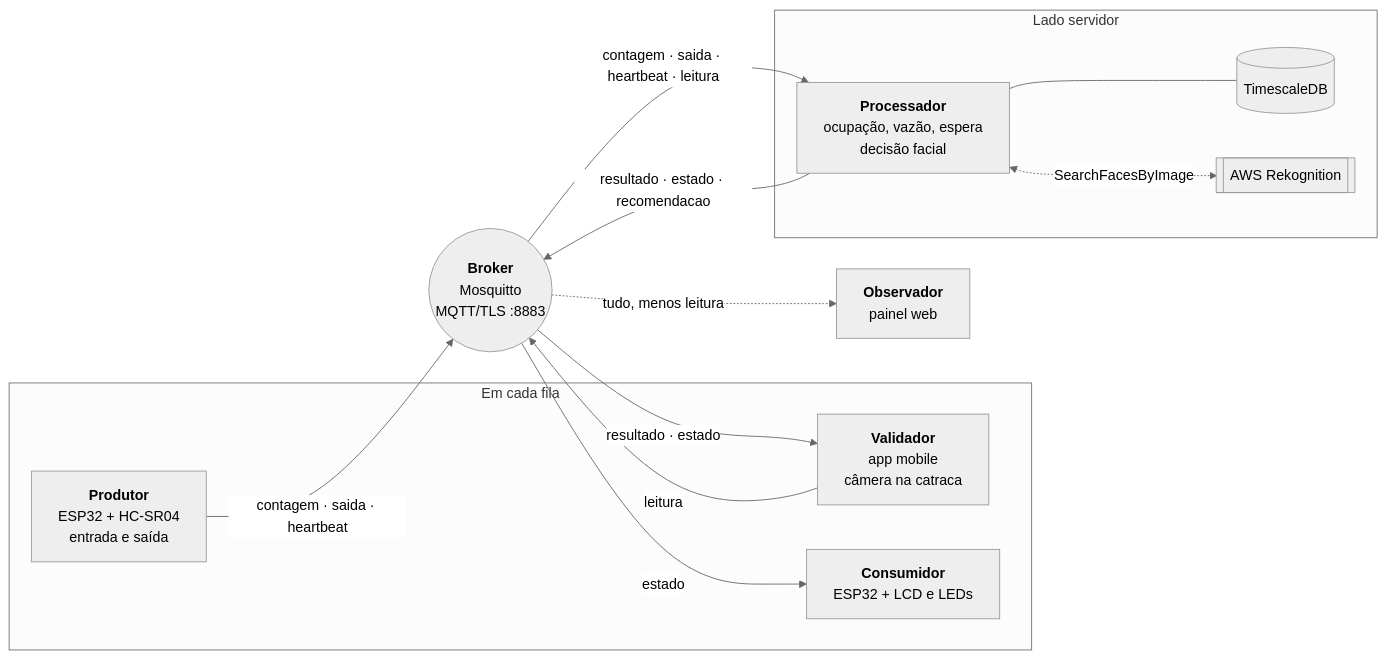
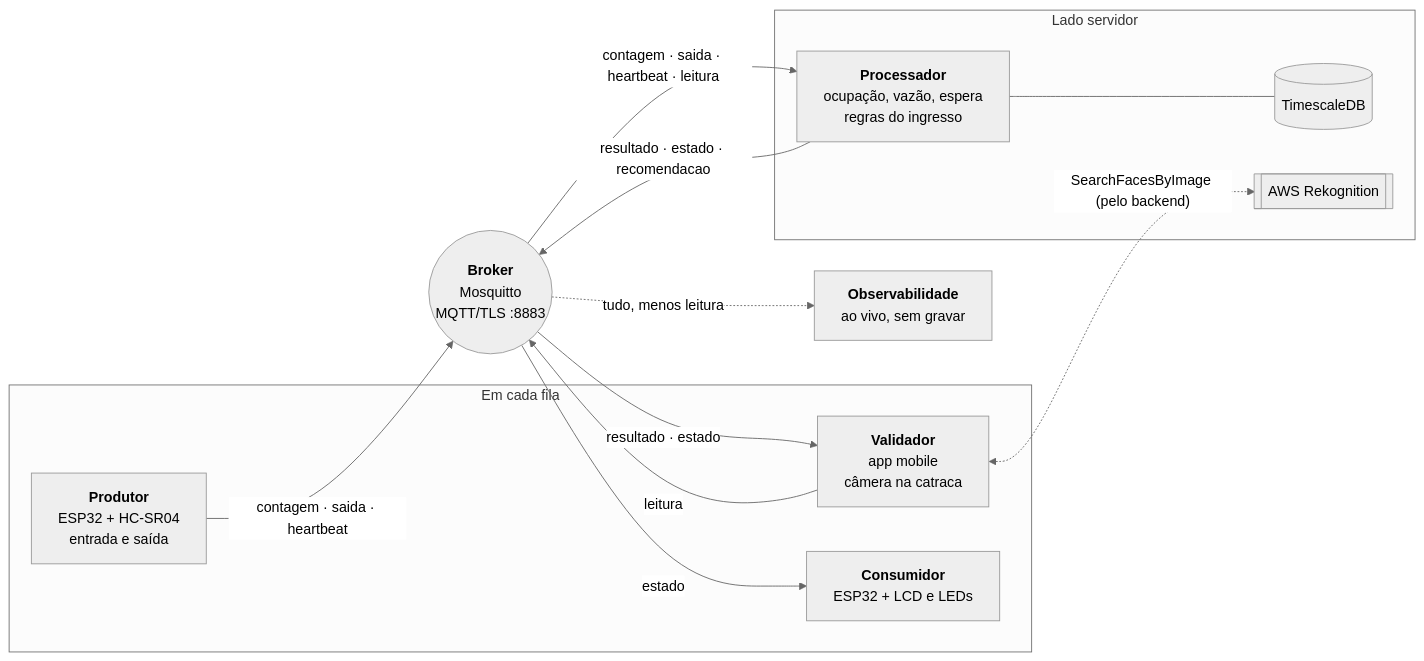
The first of 8 diagrams in docs/ARQUITETURA.md (UFG-INF-SSU-2026/Leite-de-Pedra), drawn with Mermaid (neutral theme) before and after one commit. The commit also changed other lines of this file and 1 other file, not shown here.

First line of the commit message:
docs: arquitetura com contrato, outbox, observabilidade e papéis

````diff
--- a/docs/ARQUITETURA.md
+++ b/docs/ARQUITETURA.md
@@ -37,28 +38,28 @@
 ```mermaid
 flowchart LR
     subgraph Fila["Em cada fila"]
         P["<b>Produtor</b><br/>ESP32 + HC-SR04<br/>entrada e saída"]
         V["<b>Validador</b><br/>app mobile<br/>câmera na catraca"]
         S["<b>Consumidor</b><br/>ESP32 + LCD e LEDs"]
     end
 
     B(("<b>Broker</b><br/>Mosquitto<br/>MQTT/TLS :8883"))
 
     subgraph Servidor["Lado servidor"]
-        C["<b>Processador</b><br/>ocupação, vazão, espera<br/>decisão facial"]
+        C["<b>Processador</b><br/>ocupação, vazão, espera<br/>regras do ingresso"]
         DB[("TimescaleDB")]
         R[["AWS Rekognition"]]
     end
 
-    O["<b>Observador</b><br/>painel web"]
+    O["<b>Observabilidade</b><br/>ao vivo, sem gravar"]
 
     P -- "contagem · saida · heartbeat" --> B
     V -- "leitura" --> B
     B -- "contagem · saida · heartbeat · leitura" --> C
     C --- DB
-    C <-. "SearchFacesByImage" .-> R
+    V <-. "SearchFacesByImage (pelo backend)" .-> R
     C -- "resultado · estado · recomendacao" --> B
     B -- "estado" --> S
     B -- "resultado · estado" --> V
     B -. "tudo, menos leitura" .-> O
 ```
````
